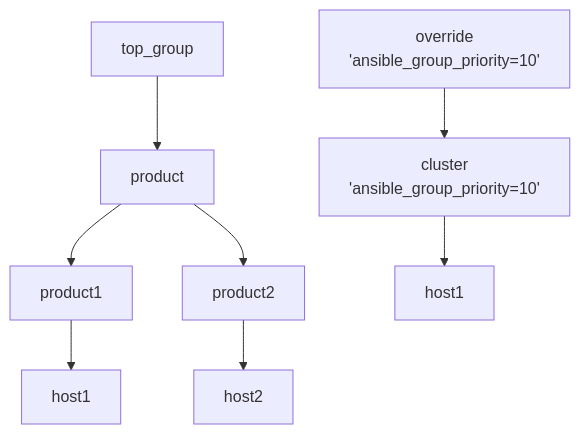
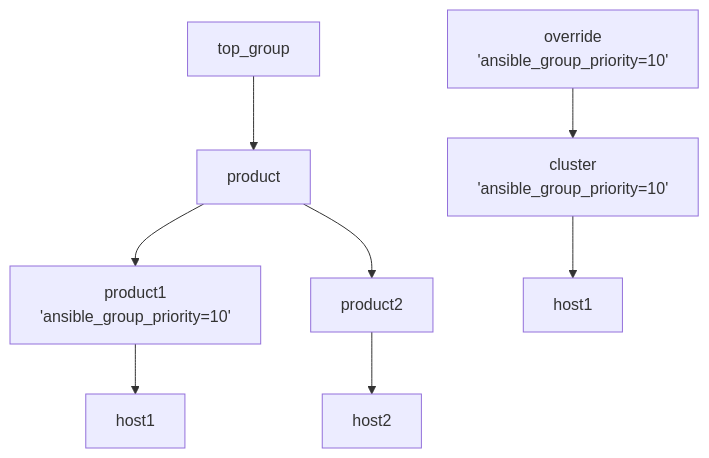
The diagram in tests/ansible-group-priority/example3/README.md (lj020326/Ansible-inventory-file-examples), drawn with Mermaid before and after one commit.

Commit message:
develop-lj - 	modified:   tests/ansible-group-priority/example3/README.md

````diff
--- a/tests/ansible-group-priority/example3/README.md
+++ b/tests/ansible-group-priority/example3/README.md
@@ -11,10 +11,10 @@
 ```mermaid
 graph TD;
     A[top_group] --> C[product]
     B[override<br>'ansible_group_priority=10'] --> F[cluster<br>'ansible_group_priority=10']
-    C --> D["product1"]
+    C --> D["product1<br>'ansible_group_priority=10'"]
     C --> E["product2"]
     D --> H["host1"]
     E --> I["host2"]
     F --> J["host1"]
 ```
````
